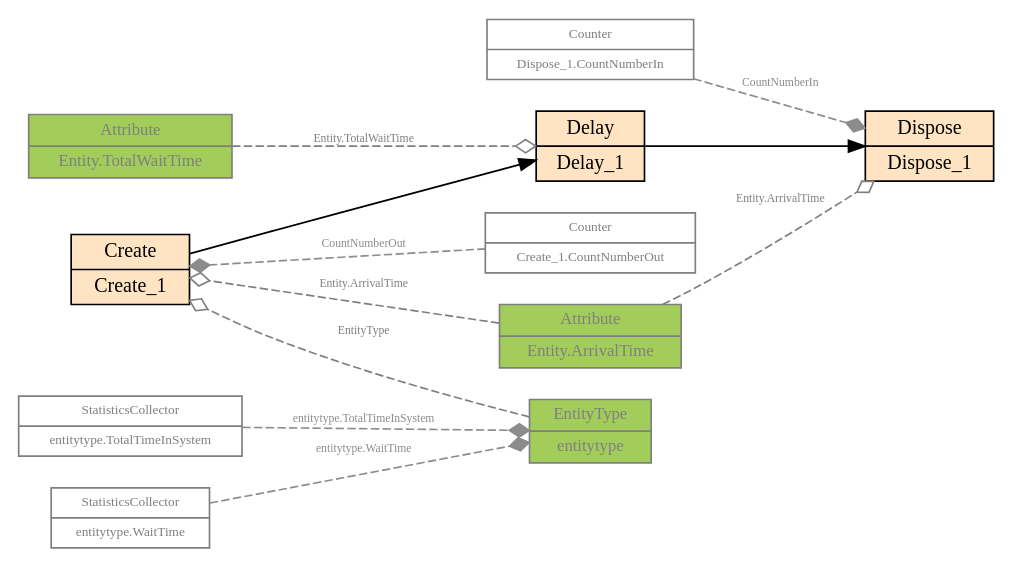
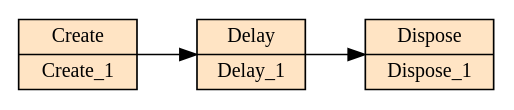
One commit to vits-hugs/Genesys-Simulator changed the diagram in source/applications/gui/qt/GenesysQtGUI/build-GenesysQtGUI-Desktop-Debug/.tempFixedGraphicalModelRepresentation.dot. Above: the diagram before and after it, drawn with Graphviz. The commit also changed 187 other files, not shown here.

```diff
--- a/source/applications/gui/qt/GenesysQtGUI/build-GenesysQtGUI-Desktop-Debug/.tempFixedGraphicalModelRepresentation.dot
+++ b/source/applications/gui/qt/GenesysQtGUI/build-GenesysQtGUI-Desktop-Debug/.tempFixedGraphicalModelRepresentation.dot
@@ -1,32 +1,17 @@
 digraph G {
   compound=true; rankdir=LR; 
   // model level
   {
      rank=min  // 0
      Create_1 [shape=record, fontsize=12, fontcolor=black, style=filled, fillcolor=bisque, label="Create|Create_1"];
   }
   {
      rank=max  // 1
      Dispose_1 [shape=record, fontsize=12, fontcolor=black, style=filled, fillcolor=bisque, label="Dispose|Dispose_1"];
   }
   {
-     Dispose_1_CountNumberIn [shape=record, fontsize=8, color=gray50, fontcolor=gray50, label="Counter|Dispose_1.CountNumberIn"];
-     Entity_TotalWaitTime [shape=record, fontsize=10, color=gray50, fontcolor=gray50, style=filled, fillcolor=darkolivegreen3, label="Attribute|Entity.TotalWaitTime"];
      Delay_1 [shape=record, fontsize=12, fontcolor=black, style=filled, fillcolor=bisque, label="Delay|Delay_1"];
-     entitytype_WaitTime [shape=record, fontsize=8, color=gray50, fontcolor=gray50, label="StatisticsCollector|entitytype.WaitTime"];
-     entitytype_TotalTimeInSystem [shape=record, fontsize=8, color=gray50, fontcolor=gray50, label="StatisticsCollector|entitytype.TotalTimeInSystem"];
-     entitytype [shape=record, fontsize=10, color=gray50, fontcolor=gray50, style=filled, fillcolor=darkolivegreen3, label="EntityType|entitytype"];
-     Entity_ArrivalTime [shape=record, fontsize=10, color=gray50, fontcolor=gray50, style=filled, fillcolor=darkolivegreen3, label="Attribute|Entity.ArrivalTime"];
-     Create_1_CountNumberOut [shape=record, fontsize=8, color=gray50, fontcolor=gray50, label="Counter|Create_1.CountNumberOut"];
-       Create_1_CountNumberOut->Create_1 [style=dashed, arrowhead="diamond", color=gray55, fontcolor=gray55, fontsize=7, label="CountNumberOut"];
-       Entity_ArrivalTime->Create_1 [style=dashed, arrowhead="ediamond", color=gray50, fontcolor=gray50, fontsize=7, label="Entity.ArrivalTime"];
-       entitytype_TotalTimeInSystem->entitytype [style=dashed, arrowhead="diamond", color=gray55, fontcolor=gray55, fontsize=7, label="entitytype.TotalTimeInSystem"];
-       entitytype_WaitTime->entitytype [style=dashed, arrowhead="diamond", color=gray55, fontcolor=gray55, fontsize=7, label="entitytype.WaitTime"];
-       entitytype->Create_1 [style=dashed, arrowhead="ediamond", color=gray50, fontcolor=gray50, fontsize=7, label="EntityType"];
-       Entity_TotalWaitTime->Delay_1 [style=dashed, arrowhead="ediamond", color=gray50, fontcolor=gray50, fontsize=7, label="Entity.TotalWaitTime"];
-       Dispose_1_CountNumberIn->Dispose_1 [style=dashed, arrowhead="diamond", color=gray55, fontcolor=gray55, fontsize=7, label="CountNumberIn"];
-       Entity_ArrivalTime->Dispose_1 [style=dashed, arrowhead="ediamond", color=gray50, fontcolor=gray50, fontsize=7, label="Entity.ArrivalTime"];
        Delay_1->Dispose_1[style=solid, arrowhead="normal" color=black, fontcolor=black, fontsize=7];
        Create_1->Delay_1[style=solid, arrowhead="normal" color=black, fontcolor=black, fontsize=7];
   }
 }
```
